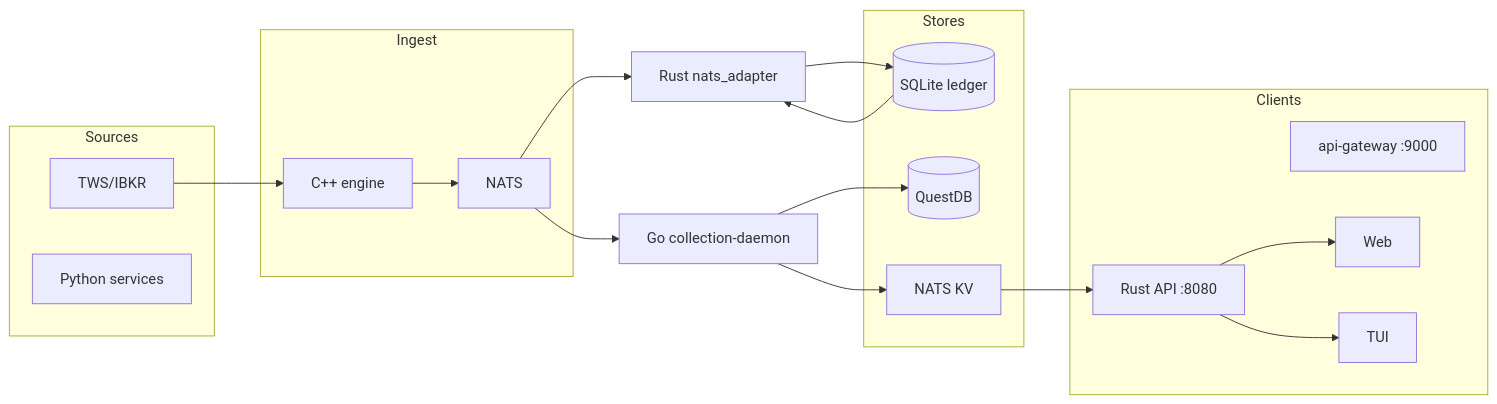
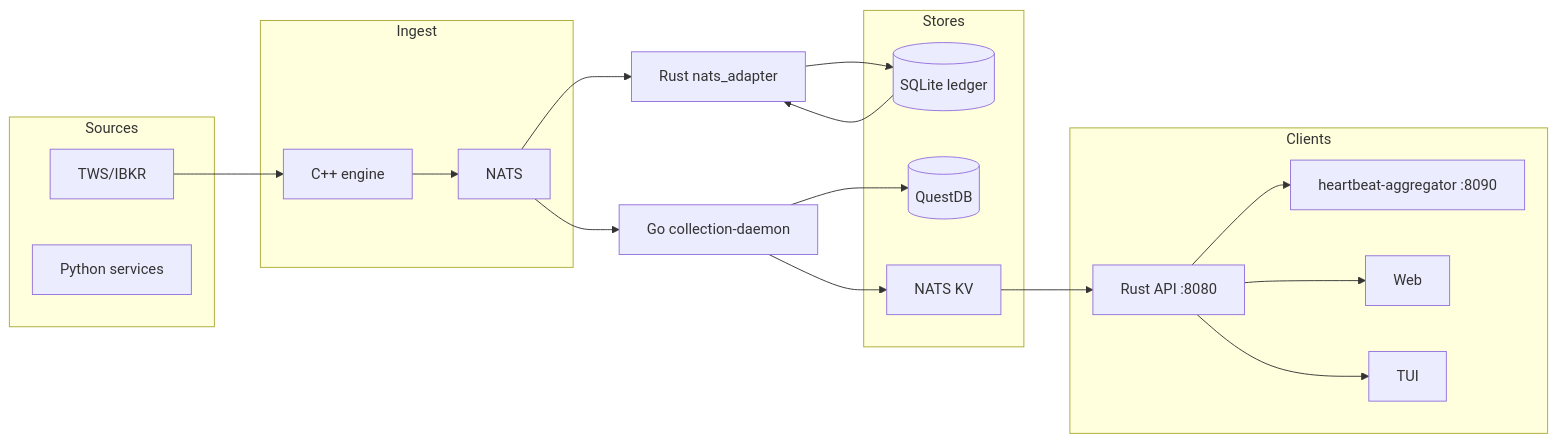
The diagram in docs/platform/DATAFLOW_ARCHITECTURE.md (davidl71/Aether), drawn with Mermaid before and after one commit. The commit also changed other lines of this file and 8 other files, not shown here.

Commit message:
Retire Go api-gateway

````diff
--- a/docs/platform/DATAFLOW_ARCHITECTURE.md
+++ b/docs/platform/DATAFLOW_ARCHITECTURE.md
@@ -258,33 +257,34 @@
 ```mermaid
 flowchart LR
   subgraph sources [Sources]
     TWS[TWS/IBKR]
     Python[Python services]
   end
   subgraph ingest [Ingest]
     Cpp[C++ engine]
     Nats[NATS]
   end
   subgraph stores [Stores]
     Ledger[(SQLite ledger)]
     QDB[(QuestDB)]
     KV[NATS KV]
   end
   subgraph clients [Clients]
-    Gateway[api-gateway :9000]
     RustApi[Rust API :8080]
+    Heartbeat[heartbeat-aggregator :8090]
     Web[Web]
     TUI[TUI]
   end
   TWS --> Cpp
   Cpp --> Nats
   Nats --> Collector[Go collection-daemon]
   Nats --> Rust[Rust nats_adapter]
   Collector --> QDB
   Collector --> KV
   Rust --> Ledger
   RustApi --> Web
   RustApi --> TUI
   Ledger --> Rust
   KV --> RustApi
+  RustApi --> Heartbeat
 ```
````
